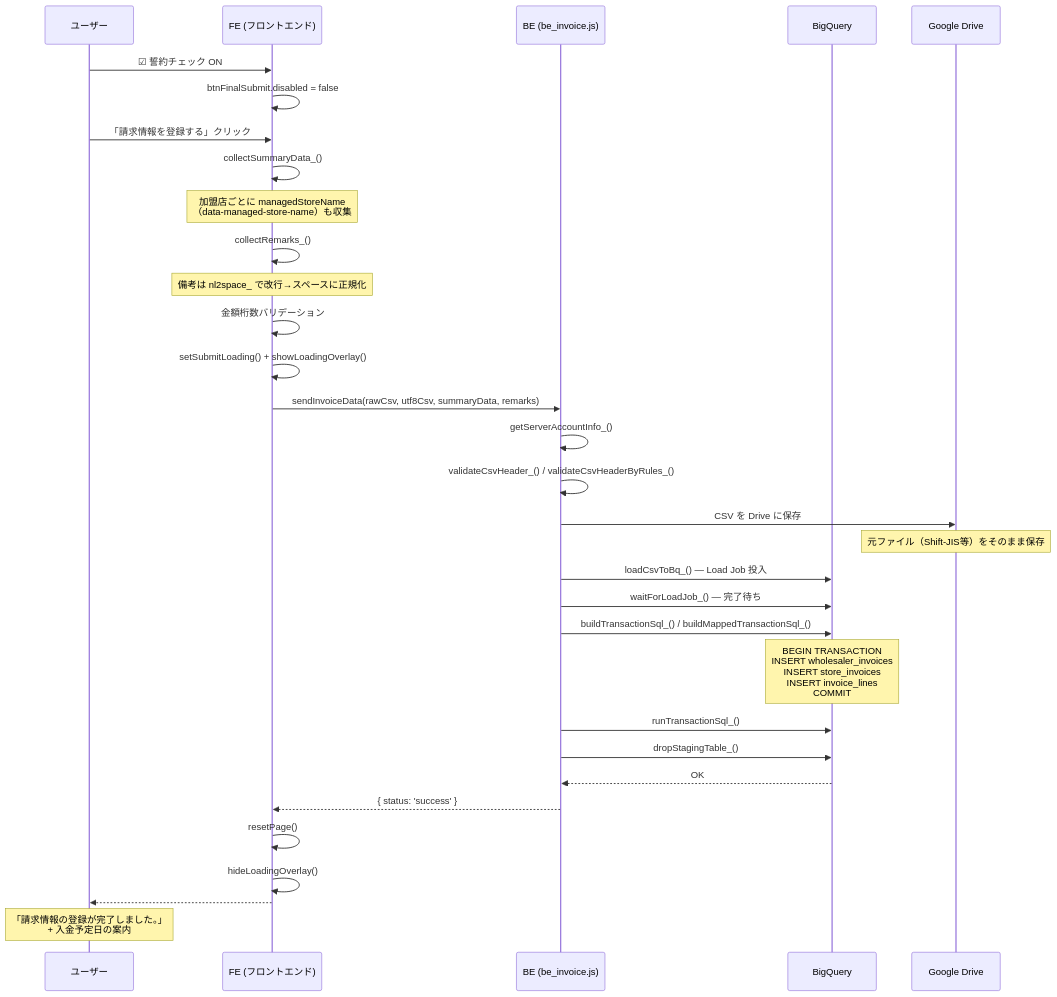
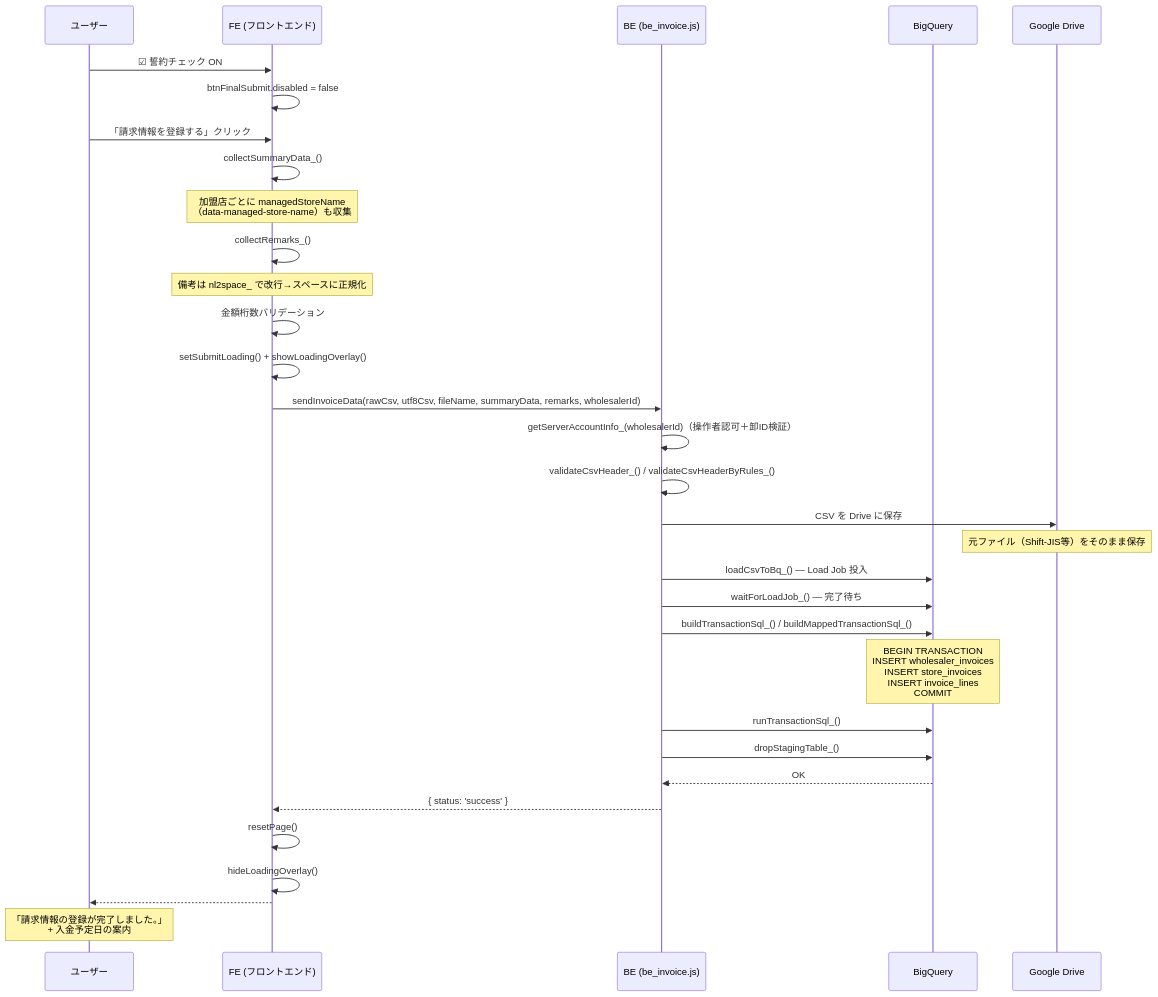
The fifth of 6 diagrams in docs/specifications/03_confirm_page.md (USEN-PAY-Products/connect-wholesale-gas-poc), drawn with Mermaid before and after one commit. The commit also changed 4 other files, not shown here.

````diff
--- a/docs/specifications/03_confirm_page.md
+++ b/docs/specifications/03_confirm_page.md
@@ -216,44 +216,44 @@
 ```mermaid
 sequenceDiagram
     participant U as ユーザー
     participant FE as FE (フロントエンド)
     participant BE as BE (be_invoice.js)
     participant BQ as BigQuery
     participant GD as Google Drive
 
     U->>FE: ☑ 誓約チェック ON
     FE->>FE: btnFinalSubmit.disabled = false
 
     U->>FE: 「請求情報を登録する」クリック
     FE->>FE: collectSummaryData_()
     Note over FE: 加盟店ごとに managedStoreName<br/>（data-managed-store-name）も収集
     FE->>FE: collectRemarks_()
     Note over FE: 備考は nl2space_ で改行→スペースに正規化
     FE->>FE: 金額桁数バリデーション
     FE->>FE: setSubmitLoading() + showLoadingOverlay()
 
-    FE->>BE: sendInvoiceData(rawCsv, utf8Csv, summaryData, remarks)
+    FE->>BE: sendInvoiceData(rawCsv, utf8Csv, fileName, summaryData, remarks, wholesalerId)
 
-    BE->>BE: getServerAccountInfo_()
+    BE->>BE: getServerAccountInfo_(wholesalerId)（操作者認可＋卸ID検証）
     BE->>BE: validateCsvHeader_() / validateCsvHeaderByRules_()
 
     BE->>GD: CSV を Drive に保存
     Note over GD: 元ファイル（Shift-JIS等）をそのまま保存
 
     BE->>BQ: loadCsvToBq_() — Load Job 投入
     BE->>BQ: waitForLoadJob_() — 完了待ち
 
     BE->>BQ: buildTransactionSql_() / buildMappedTransactionSql_()
     Note over BQ: BEGIN TRANSACTION<br/>INSERT wholesaler_invoices<br/>INSERT store_invoices<br/>INSERT invoice_lines<br/>COMMIT
 
     BE->>BQ: runTransactionSql_()
     BE->>BQ: dropStagingTable_()
 
     BQ-->>BE: OK
     BE-->>FE: { status: 'success' }
 
     FE->>FE: resetPage()
     FE->>FE: hideLoadingOverlay()
     FE-->>U: #home へ遷移 + 成功トースト
     Note over U: 「請求情報の登録が完了しました。」<br/>+ 入金予定日の案内
 ```
````
